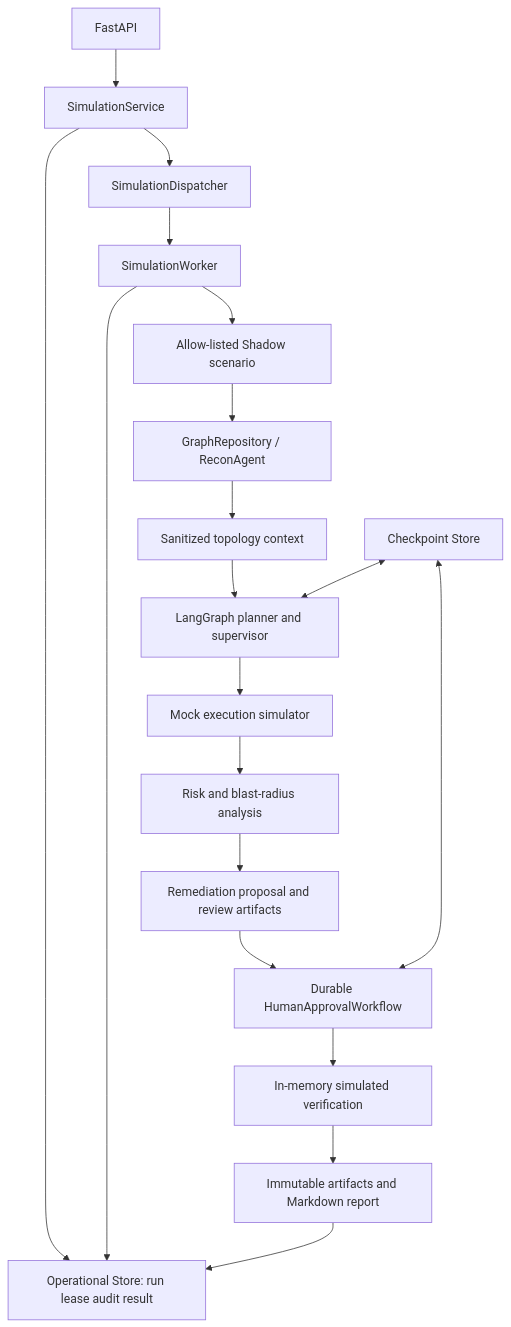
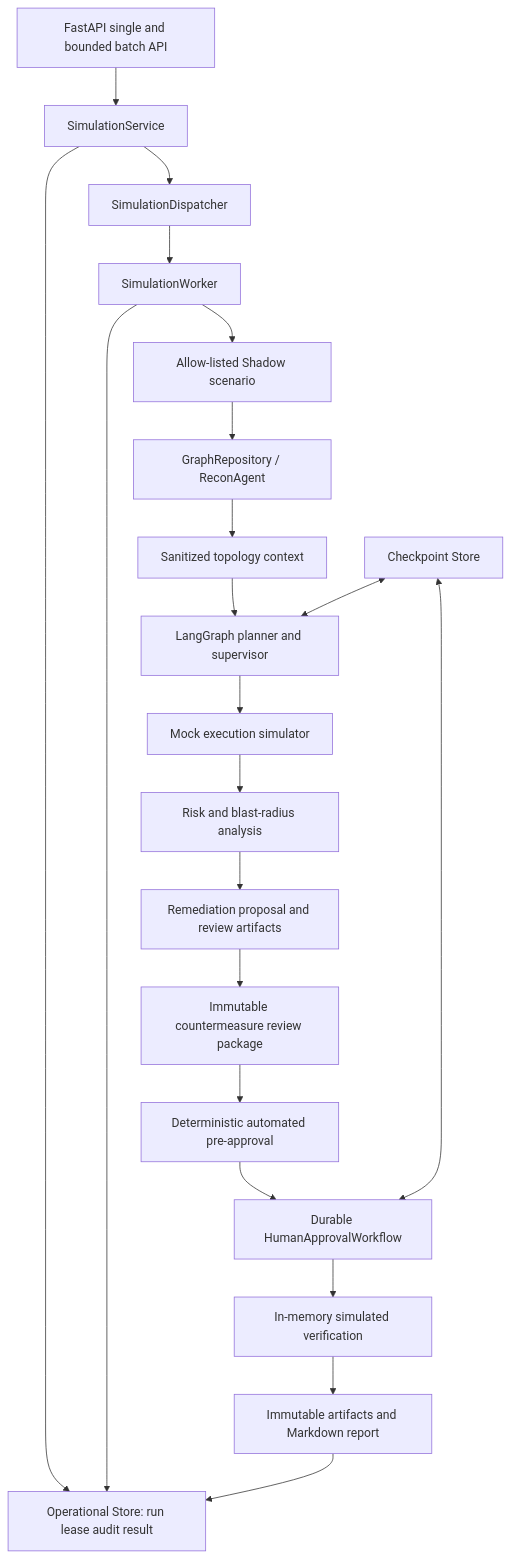
One commit to Santidelacarrera/autonomous-red-teaming changed the diagram in docs/architecture.md. Above: the diagram before and after it, drawn with Mermaid. The commit also changed other lines of this file and 31 other files, not shown here.

````diff
--- a/docs/architecture.md
+++ b/docs/architecture.md
@@ -3,21 +3,23 @@
 ```mermaid
 flowchart TD
-    API[FastAPI] --> SVC[SimulationService]
+    API[FastAPI single and bounded batch API] --> SVC[SimulationService]
     SVC --> STORE[Operational Store: run lease audit result]
     SVC --> DISPATCH[SimulationDispatcher]
     DISPATCH --> WORKER[SimulationWorker]
     WORKER --> STORE
     WORKER --> SCENARIO[Allow-listed Shadow scenario]
     SCENARIO --> RECON[GraphRepository / ReconAgent]
     RECON --> SAN[Sanitized topology context]
     SAN --> LG[LangGraph planner and supervisor]
     LG --> MOCK[Mock execution simulator]
     MOCK --> ANALYSIS[Risk and blast-radius analysis]
     ANALYSIS --> REM[Remediation proposal and review artifacts]
-    REM --> HITL[Durable HumanApprovalWorkflow]
+    REM --> REVIEW[Immutable countermeasure review package]
+    REVIEW --> PRE[Deterministic automated pre-approval]
+    PRE --> HITL[Durable HumanApprovalWorkflow]
     HITL --> VERIFY[In-memory simulated verification]
     VERIFY --> RESULT[Immutable artifacts and Markdown report]
     RESULT --> STORE
     SAVER[Checkpoint Store] <--> LG
     SAVER <--> HITL
 ```
````
